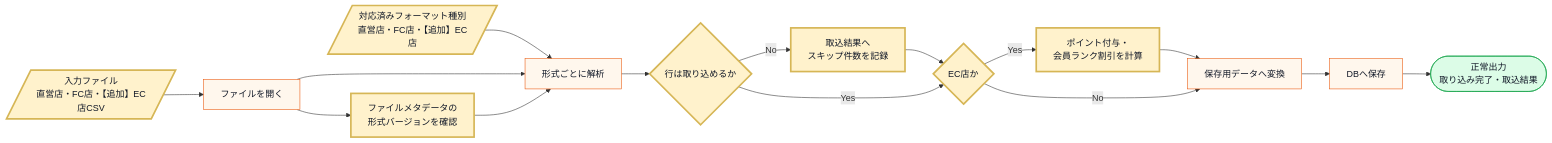
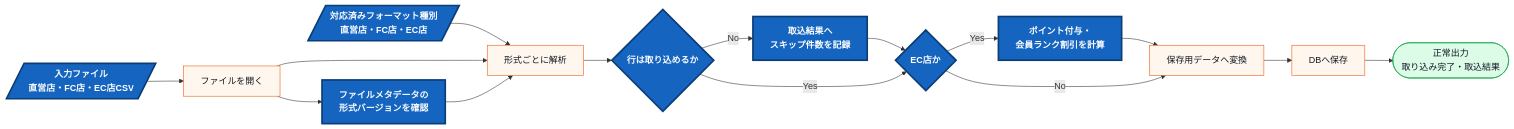
Before and after one commit to kumachan1101-pixel/DesignPattern: the fifth of 13 diagrams in kindle/design-patterns/output/chapter04.md, drawn with Mermaid. The commit also changed 19 other files, not shown here.

First line of the commit message:
図の変更箇所を色で示し、変更前後の対比の説明構造をそろえる

````diff
--- a/kindle/design-patterns/output/chapter04.md
+++ b/kindle/design-patterns/output/chapter04.md
@@ -977,24 +977,24 @@
 ```mermaid
 flowchart LR
-    A[/入力ファイル<br>直営店・FC店・【追加】EC店CSV/]:::input --> E[ファイルを開く]:::process
-    C[/対応済みフォーマット種別<br>直営店・FC店・【追加】EC店/]:::input --> F
+    A[/入力ファイル<br>直営店・FC店・EC店CSV/]:::input --> E[ファイルを開く]:::process
+    C[/対応済みフォーマット種別<br>直営店・FC店・EC店/]:::input --> F
     E --> V[ファイルメタデータの<br>形式バージョンを確認]:::process
     E --> F[形式ごとに解析]:::process
     V --> F
     F --> R{行は取り込めるか}:::decision
     R -->|No| L[取込結果へ<br>スキップ件数を記録]:::process
     L --> Q
     R -->|Yes| Q{EC店か}:::decision
     Q -->|Yes| P[ポイント付与・<br>会員ランク割引を計算]:::process
     P --> G[保存用データへ変換]:::process
     Q -->|No| G
     G --> S[DBへ保存]:::process
     S --> H([正常出力<br>取り込み完了・取込結果]):::normal
 
     classDef input fill:#e7f0ff,stroke:#2563eb,color:#111827;
     classDef process fill:#fff7ed,stroke:#ea580c,color:#111827;
     classDef decision fill:#fef9c3,stroke:#ca8a04,color:#111827;
     classDef normal fill:#dcfce7,stroke:#16a34a,color:#111827;
-    classDef changed fill:#fff2cc,stroke:#d6b656,stroke-width:3px,color:#111827;
+    classDef changed fill:#1565c0,stroke:#0b3d76,stroke-width:3px,color:#ffffff,font-weight:bold;
     class A,C,V,R,L,Q,P changed;
 ```
````
